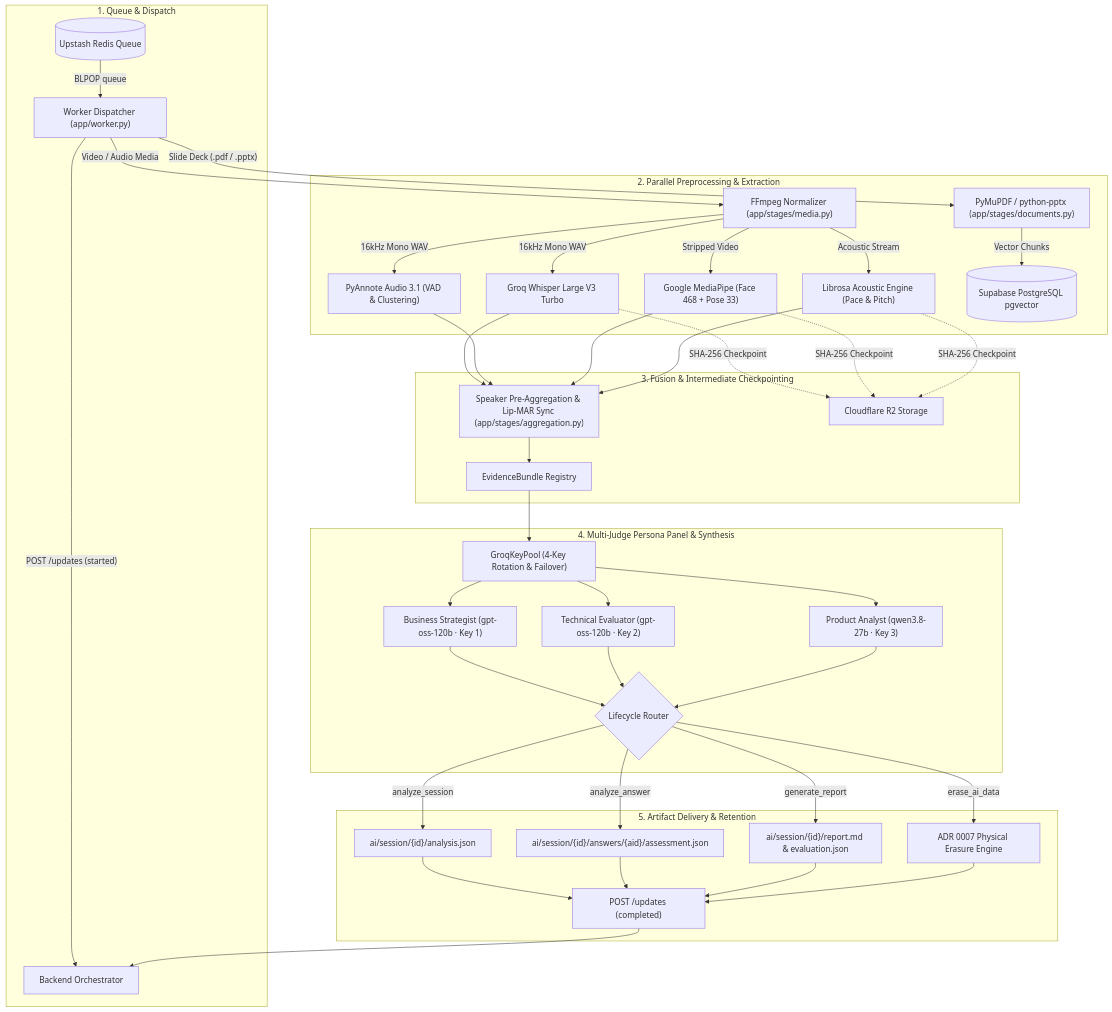
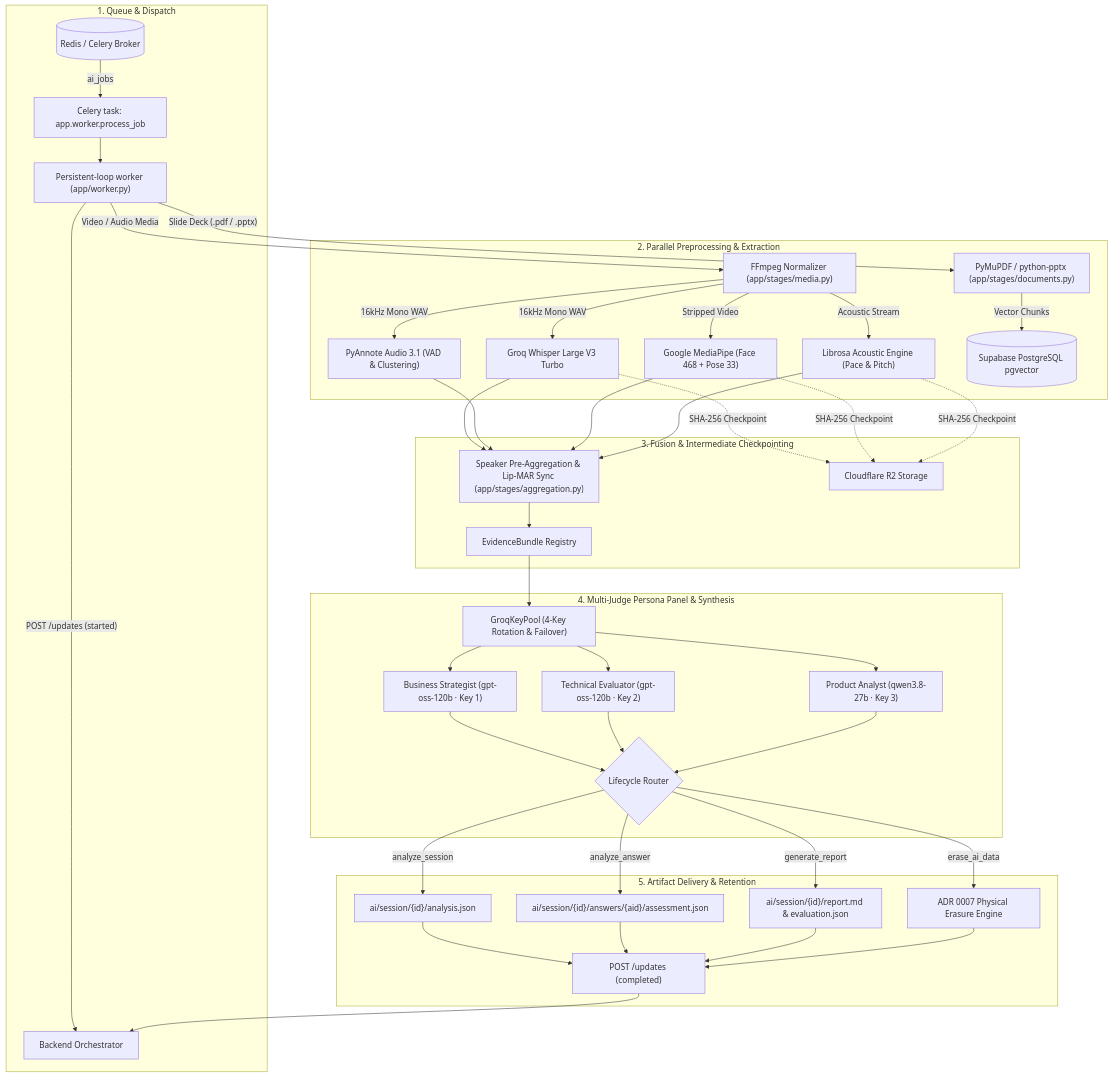
One commit to VirtuJudge/AI-ML changed the diagram in README.md. Above: the diagram before and after it, drawn with Mermaid. The commit also changed other lines of this file, not shown here.

Commit message:
docs: refresh worker deployment guide

````diff
--- a/README.md
+++ b/README.md
@@ -29,54 +29,55 @@
 ```mermaid
 flowchart TD
     subgraph Ingestion ["1. Queue & Dispatch"]
-        Redis[("Upstash Redis Queue")] -->|"BLPOP queue"| Worker["Worker Dispatcher (app/worker.py)"]
+        Redis[("Redis / Celery Broker")] -->|"ai_jobs"| Celery["Celery task: app.worker.process_job"]
+        Celery --> Worker["Persistent-loop worker (app/worker.py)"]
         Worker -->|"POST /updates (started)"| Backend["Backend Orchestrator"]
     end
 
     subgraph DualProcessing ["2. Parallel Preprocessing & Extraction"]
         Worker -->|"Video / Audio Media"| MediaSplit["FFmpeg Normalizer (app/stages/media.py)"]
         MediaSplit -->|"16kHz Mono WAV"| Whisper["Groq Whisper Large V3 Turbo"]
         MediaSplit -->|"16kHz Mono WAV"| Diarize["PyAnnote Audio 3.1 (VAD & Clustering)"]
         MediaSplit -->|"Stripped Video"| Vision["Google MediaPipe (Face 468 + Pose 33)"]
         MediaSplit -->|"Acoustic Stream"| Audio["Librosa Acoustic Engine (Pace & Pitch)"]
         
         Worker -->|"Slide Deck (.pdf / .pptx)"| DocExtract["PyMuPDF / python-pptx (app/stages/documents.py)"]
         DocExtract -->|"Vector Chunks"| PgVector[("Supabase PostgreSQL pgvector")]
     end
 
     subgraph FusionCheckpoints ["3. Fusion & Intermediate Checkpointing"]
         Whisper --> Aggregation["Speaker Pre-Aggregation & Lip-MAR Sync (app/stages/aggregation.py)"]
         Diarize --> Aggregation
         Vision --> Aggregation
         Audio --> Aggregation
         Aggregation --> Bundle["EvidenceBundle Registry"]
         
         Whisper -.->|"SHA-256 Checkpoint"| Storage["Cloudflare R2 Storage"]
         Vision -.->|"SHA-256 Checkpoint"| Storage
         Audio -.->|"SHA-256 Checkpoint"| Storage
     end
 
     subgraph Intelligence ["4. Multi-Judge Persona Panel & Synthesis"]
         Bundle --> KeyPool["GroqKeyPool (4-Key Rotation & Failover)"]
         KeyPool --> J1["Business Strategist (gpt-oss-120b · Key 1)"]
         KeyPool --> J2["Technical Evaluator (gpt-oss-120b · Key 2)"]
         KeyPool --> J3["Product Analyst (qwen3.8-27b · Key 3)"]
         
         J1 --> OutputRouter{"Lifecycle Router"}
         J2 --> OutputRouter
         J3 --> OutputRouter
     end
 
     subgraph Delivery ["5. Artifact Delivery & Retention"]
         OutputRouter -->|"analyze_session"| AnalysisJSON["ai/session/{id}/analysis.json"]
         OutputRouter -->|"analyze_answer"| AnswerJSON["ai/session/{id}/answers/{aid}/assessment.json"]
         OutputRouter -->|"generate_report"| ReportMD["ai/session/{id}/report.md & evaluation.json"]
         OutputRouter -->|"erase_ai_data"| RetentionPurge["ADR 0007 Physical Erasure Engine"]
         
         AnalysisJSON --> FinalUpdate["POST /updates (completed)"]
         AnswerJSON --> FinalUpdate
         ReportMD --> FinalUpdate
         RetentionPurge --> FinalUpdate
         FinalUpdate --> Backend
     end
 ```
````
